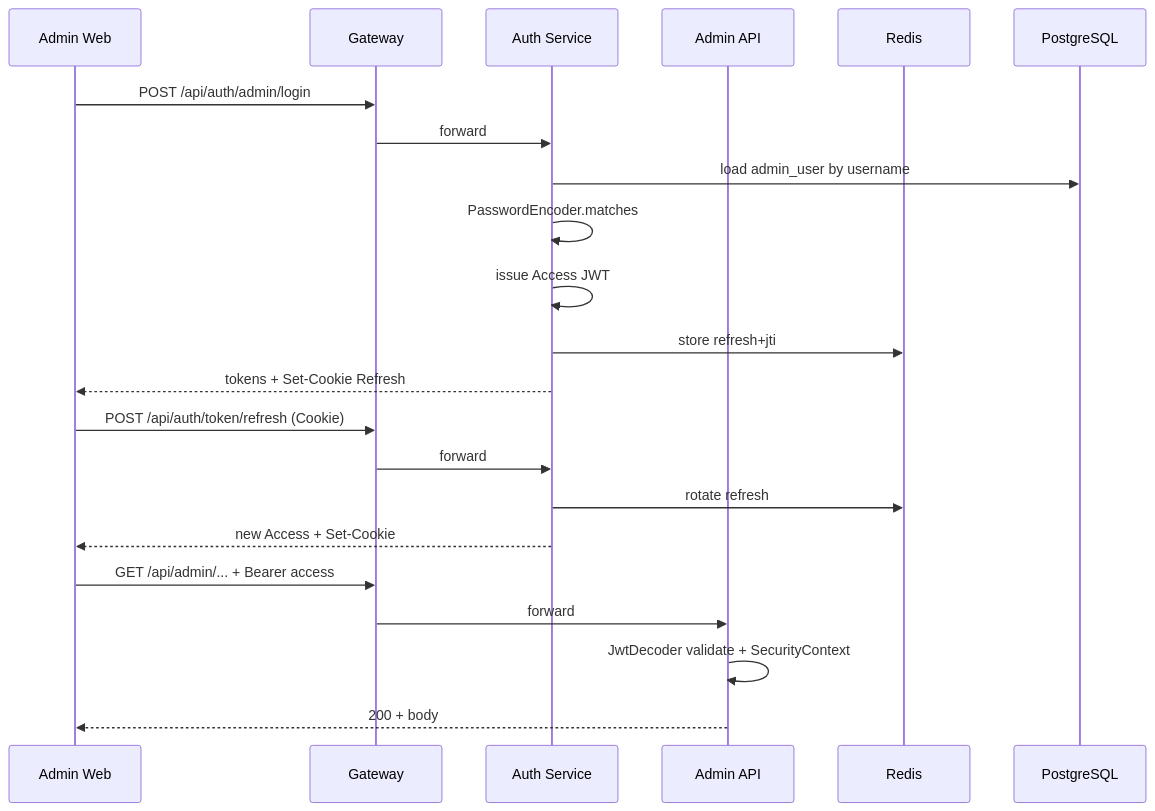
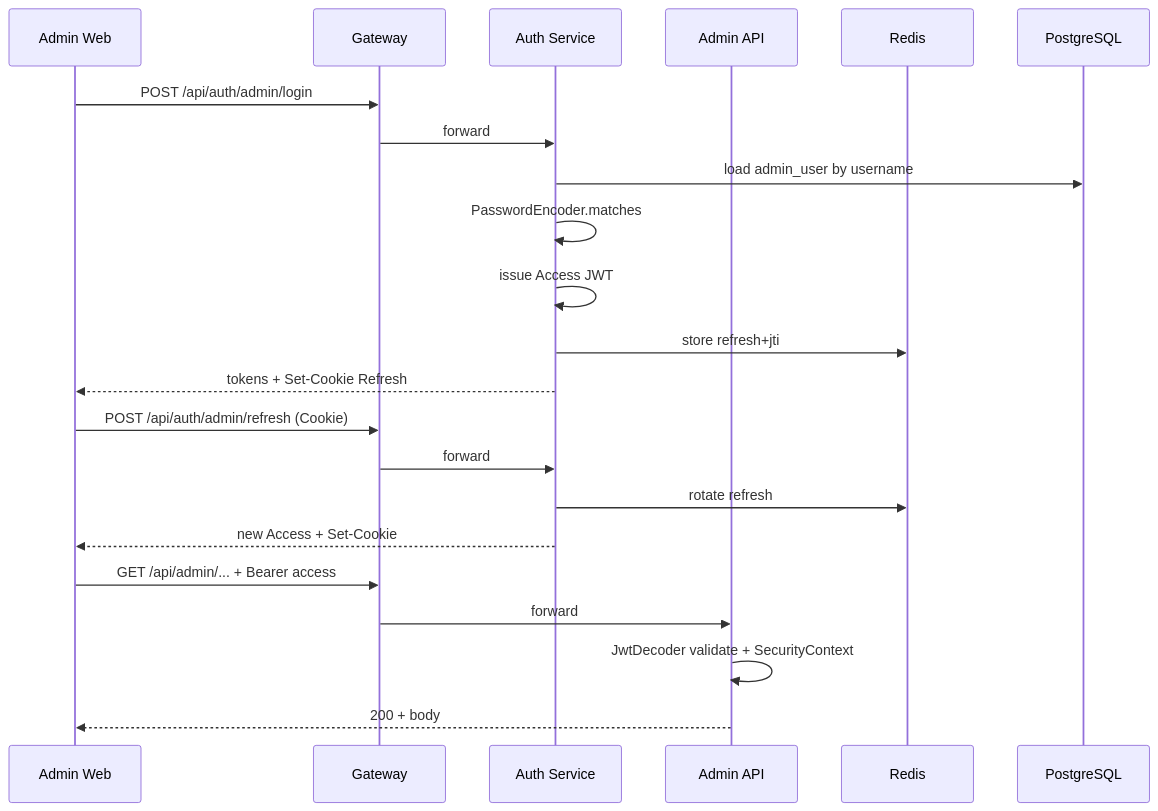
The diagram in docs/website-services/设计文档/认证与安全/阶段4A-Admin认证体系详细设计.md (hqjiayou/my-website), drawn with Mermaid before and after one commit. The commit also changed other lines of this file and 44 other files, not shown here.

````diff
--- a/docs/website-services/设计文档/认证与安全/阶段4A-Admin认证体系详细设计.md
+++ b/docs/website-services/设计文档/认证与安全/阶段4A-Admin认证体系详细设计.md
@@ -177,27 +177,27 @@
 ```mermaid
 sequenceDiagram
     participant C as Admin Web
     participant G as Gateway
     participant Auth as Auth Service
     participant A as Admin API
     participant R as Redis
     participant D as PostgreSQL
 
     C->>G: POST /api/auth/admin/login
     G->>Auth: forward
     Auth->>D: load admin_user by username
     Auth->>Auth: PasswordEncoder.matches
     Auth->>Auth: issue Access JWT
     Auth->>R: store refresh+jti
     Auth-->>C: tokens + Set-Cookie Refresh
 
-    C->>G: POST /api/auth/token/refresh (Cookie)
+    C->>G: POST /api/auth/admin/refresh (Cookie)
     G->>Auth: forward
     Auth->>R: rotate refresh
     Auth-->>C: new Access + Set-Cookie
 
     C->>G: GET /api/admin/... + Bearer access
     G->>A: forward
     A->>A: JwtDecoder validate + SecurityContext
     A-->>C: 200 + body
 ```
````
